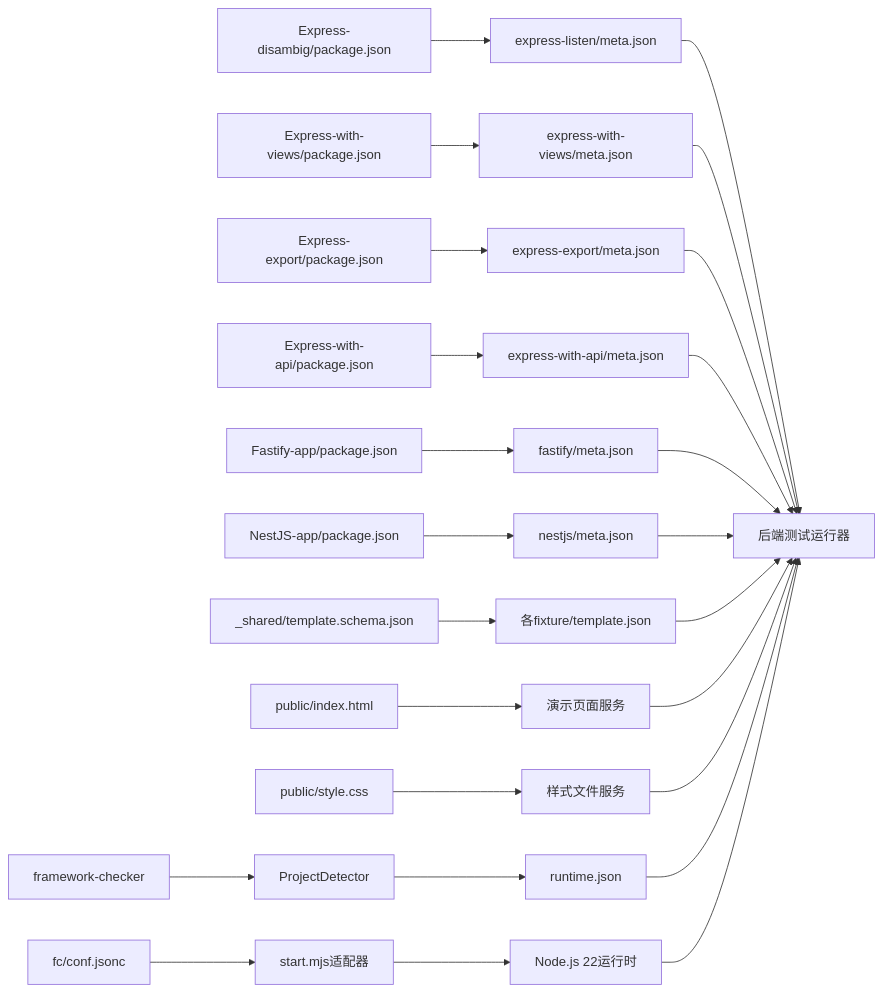
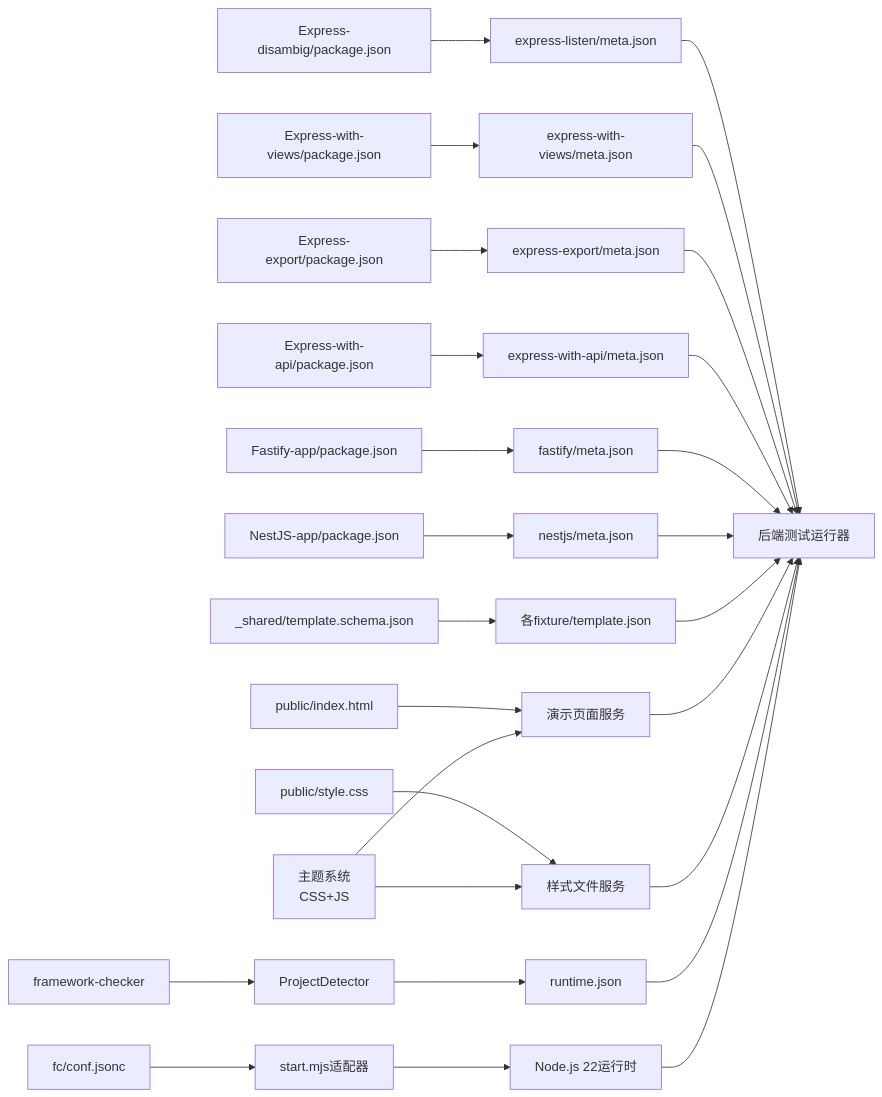
Diagram 12 of 12 in .qoder/repowiki/zh/content/后端框架测试/后端框架测试.md (esa-sp/test-for-aone-ci), drawn with Mermaid before and after one commit. The commit also changed other lines of this file and 7 other files, not shown here.

````diff
--- a/.qoder/repowiki/zh/content/后端框架测试/后端框架测试.md
+++ b/.qoder/repowiki/zh/content/后端框架测试/后端框架测试.md
@@ -525,27 +660,29 @@
 ```mermaid
 graph LR
 P1["Express-disambig/package.json"] --> F1["express-listen/meta.json"]
 P2["Express-with-views/package.json"] --> F2["express-with-views/meta.json"]
 P3["Express-export/package.json"] --> F3["express-export/meta.json"]
 P4["Express-with-api/package.json"] --> F4["express-with-api/meta.json"]
 P5["Fastify-app/package.json"] --> F5["fastify/meta.json"]
 P6["NestJS-app/package.json"] --> F6["nestjs/meta.json"]
 T1["_shared/template.schema.json"] --> T2["各fixture/template.json"]
 S1["public/index.html"] --> S2["演示页面服务"]
 S3["public/style.css"] --> S4["样式文件服务"]
+TH["主题系统<br/>CSS+JS"] --> S2
+TH --> S4
 FC["framework-checker"] --> RD["ProjectDetector"]
 RD --> RT["runtime.json"]
 FCF["fc/conf.jsonc"] --> FCA["start.mjs适配器"]
 FCA --> RN["Node.js 22运行时"]
 F1 --> R["后端测试运行器"]
 F2 --> R
 F3 --> R
 F4 --> R
 F5 --> R
 F6 --> R
 T2 --> R
 S2 --> R
 S4 --> R
 RT --> R
 RN --> R
 ```
````
